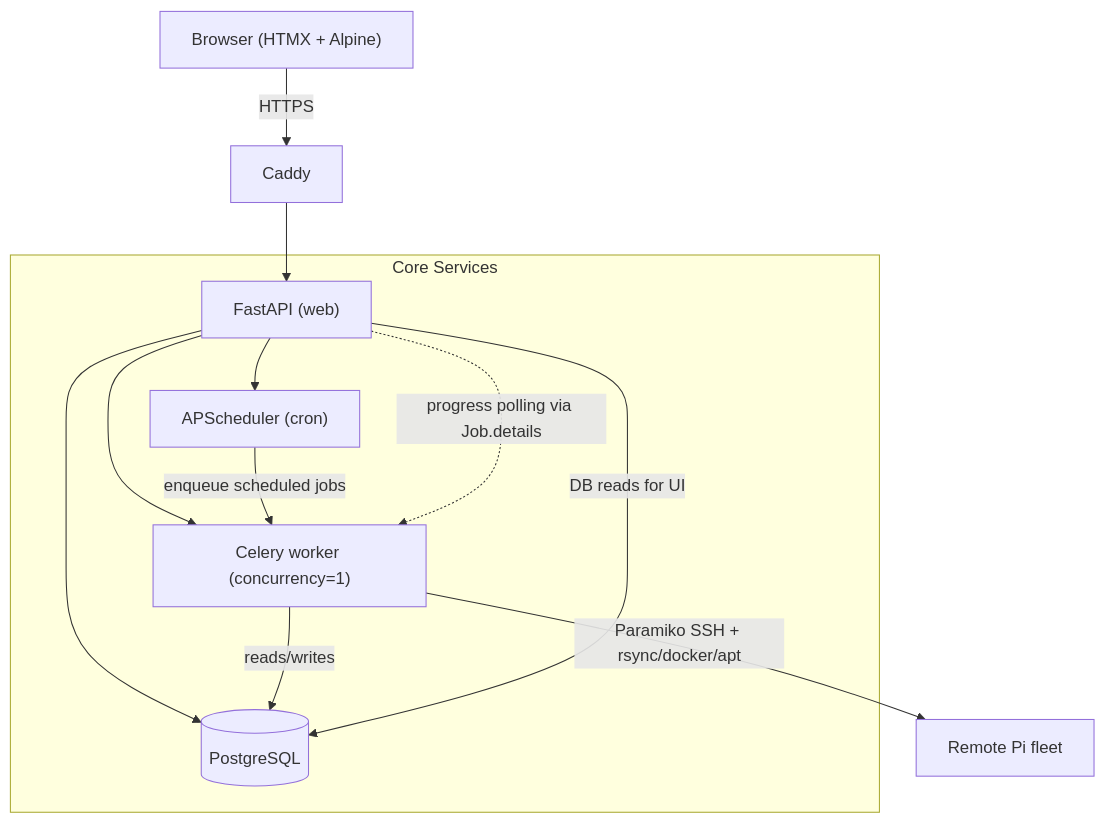
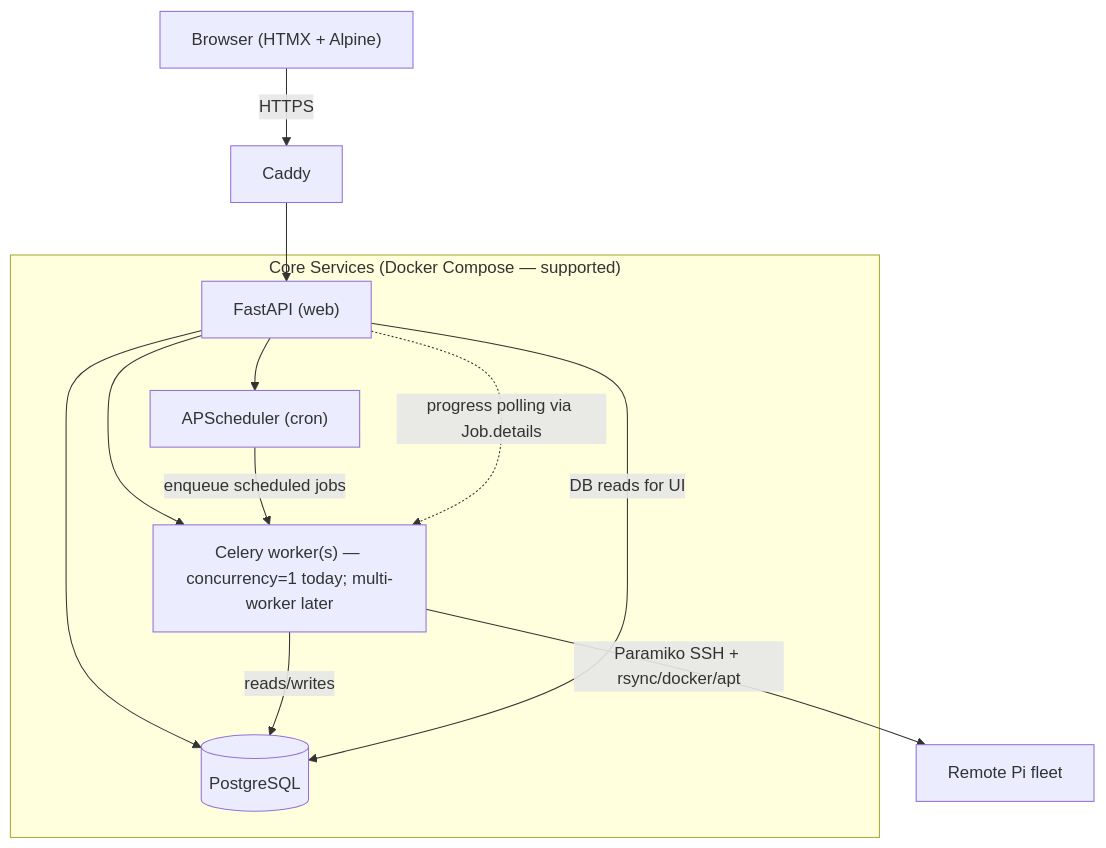
One commit to bjorngluck/piherder changed the first of 3 diagrams in SPEC.md. Above: the diagram before and after it, drawn with Mermaid. The commit also changed other lines of this file and 2 other files, not shown here.

First line of the commit message:
docs: platform reliability roadmap (host deps, Status, multi-worker)

````diff
--- a/SPEC.md
+++ b/SPEC.md
@@ -203,18 +222,18 @@
 ```mermaid
 flowchart TB
     Browser["Browser (HTMX + Alpine)"] -->|HTTPS| Caddy
     Caddy --> FastAPI["FastAPI (web)"]
 
-    subgraph Core["Core Services"]
+    subgraph Core["Core Services (Docker Compose — supported)"]
         FastAPI --> DB[(PostgreSQL)]
         FastAPI --> Scheduler["APScheduler (cron)"]
-        FastAPI --> Celery["Celery worker (concurrency=1)"]
+        FastAPI --> Celery["Celery worker(s) — concurrency=1 today; multi-worker later"]
     end
 
     Scheduler -->|enqueue scheduled jobs| Celery
     Celery -->|reads/writes| DB
     Celery -->|Paramiko SSH + rsync/docker/apt| PiFleet["Remote Pi fleet"]
 
     FastAPI -->|DB reads for UI| DB
     FastAPI -.->|progress polling via Job.details| Celery
 ```
````
